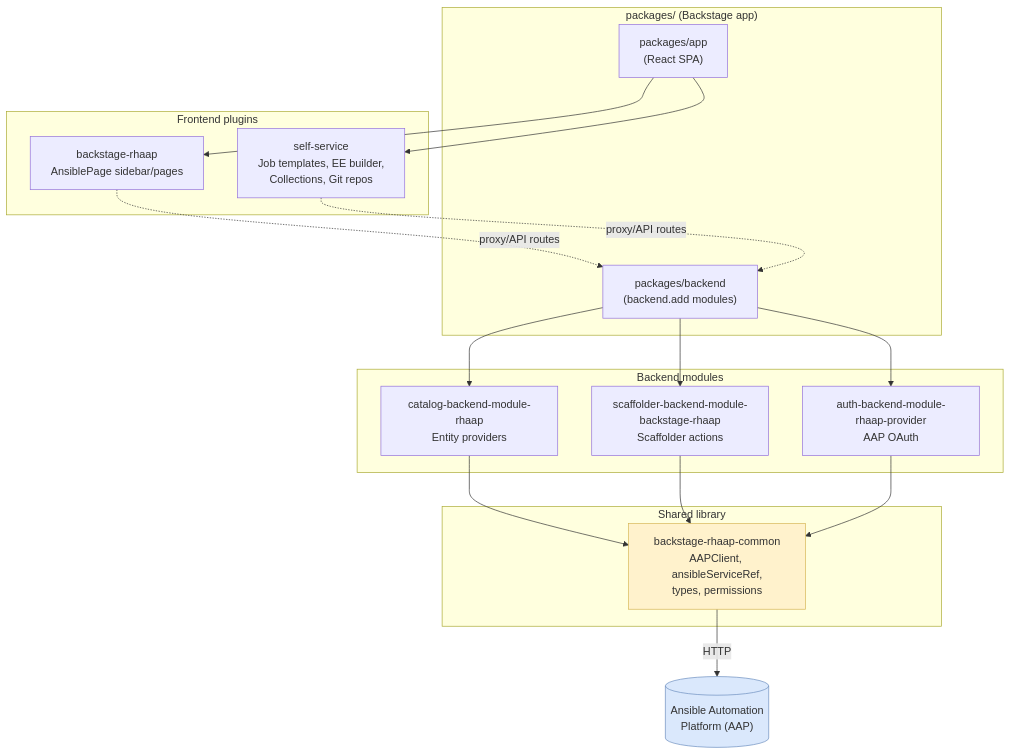
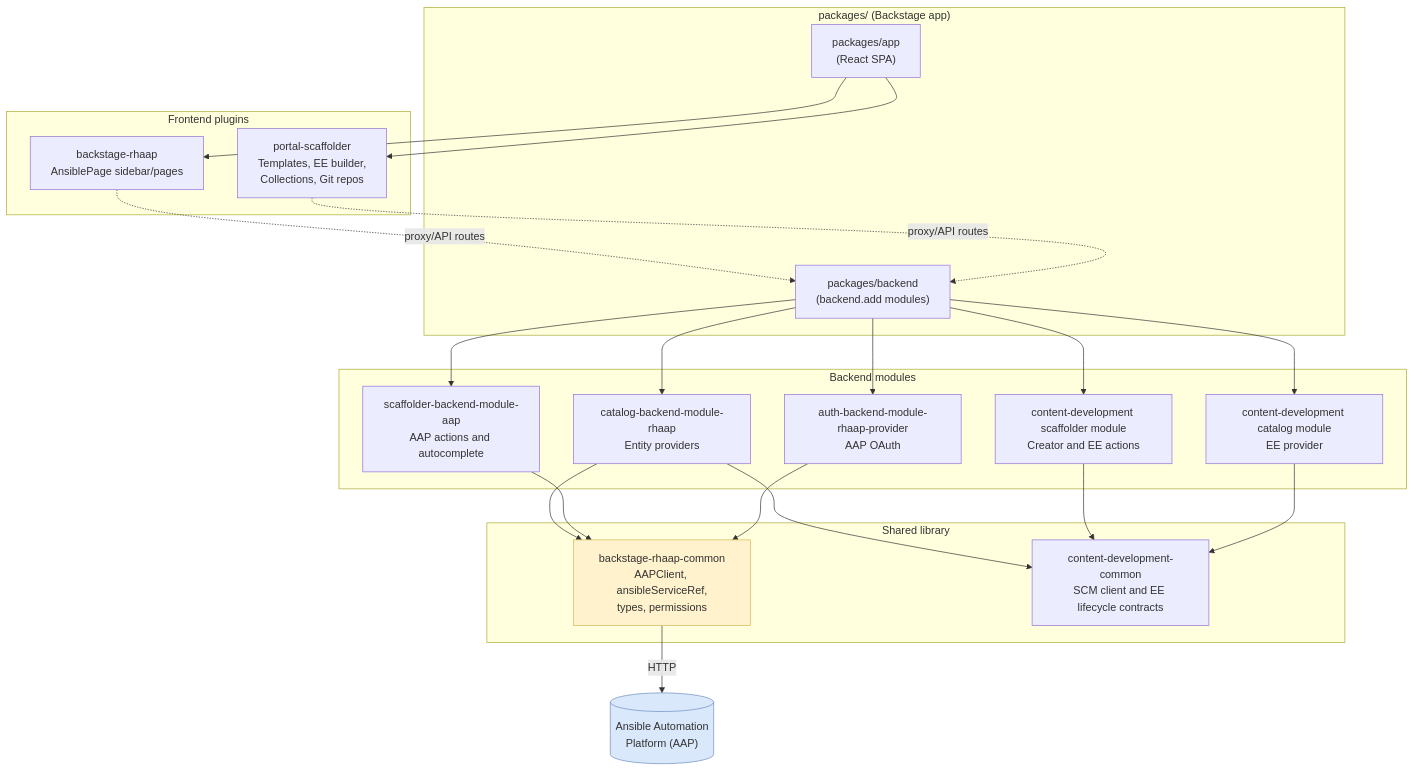
One commit to ansible/ansible-backstage-plugins changed the diagram in docs/diagrams/architecture/repo-plugin-map.mmd. Above: the diagram before and after it, drawn with Mermaid. The commit also changed 160 other files, not shown here.

First line of the commit message:
Wire split scaffolder modules into portal-core (#999)

```diff
--- a/docs/diagrams/architecture/repo-plugin-map.mmd
+++ b/docs/diagrams/architecture/repo-plugin-map.mmd
@@ -1,41 +1,49 @@
 %%{init: {'themeVariables': {'fontFamily': 'Red Hat Text'}}}%%
 flowchart TD
   subgraph App["packages/ (Backstage app)"]
     Frontend["packages/app<br/>(React SPA)"]
     Backend["packages/backend<br/>(backend.add modules)"]
   end
 
   subgraph Common["Shared library"]
     Common1["backstage-rhaap-common<br/>AAPClient, ansibleServiceRef,<br/>types, permissions"]
+    ContentCommon["content-development-common<br/>SCM client and EE lifecycle contracts"]
   end
 
   subgraph FrontendPlugins["Frontend plugins"]
     RhaapFE["backstage-rhaap<br/>AnsiblePage sidebar/pages"]
-    SelfService["self-service<br/>Job templates, EE builder,<br/>Collections, Git repos"]
+    SelfService["portal-scaffolder<br/>Templates, EE builder,<br/>Collections, Git repos"]
   end
 
   subgraph BackendModules["Backend modules"]
     CatalogMod["catalog-backend-module-rhaap<br/>Entity providers"]
-    ScaffolderMod["scaffolder-backend-module-backstage-rhaap<br/>Scaffolder actions"]
+    AapScaffolderMod["scaffolder-backend-module-aap<br/>AAP actions and autocomplete"]
+    ContentDevelopmentScaffolderMod["content-development scaffolder module<br/>Creator and EE actions"]
+    ContentDevelopmentCatalogMod["content-development catalog module<br/>EE provider"]
     AuthMod["auth-backend-module-rhaap-provider<br/>AAP OAuth"]
   end
 
   AAP[("Ansible Automation<br/>Platform (AAP)")]
 
   Backend --> CatalogMod
-  Backend --> ScaffolderMod
+  Backend --> AapScaffolderMod
+  Backend --> ContentDevelopmentScaffolderMod
+  Backend --> ContentDevelopmentCatalogMod
   Backend --> AuthMod
 
   RhaapFE -. proxy/API routes .-> Backend
   SelfService -. proxy/API routes .-> Backend
   Frontend --> RhaapFE
   Frontend --> SelfService
 
   CatalogMod --> Common1
-  ScaffolderMod --> Common1
+  AapScaffolderMod --> Common1
+  CatalogMod --> ContentCommon
+  ContentDevelopmentScaffolderMod --> ContentCommon
+  ContentDevelopmentCatalogMod --> ContentCommon
   AuthMod --> Common1
 
   Common1 -->|HTTP| AAP
 
   style Common1 fill:#fff2cc,stroke:#d6b656
   style AAP fill:#dae8fc,stroke:#6c8ebf
```
